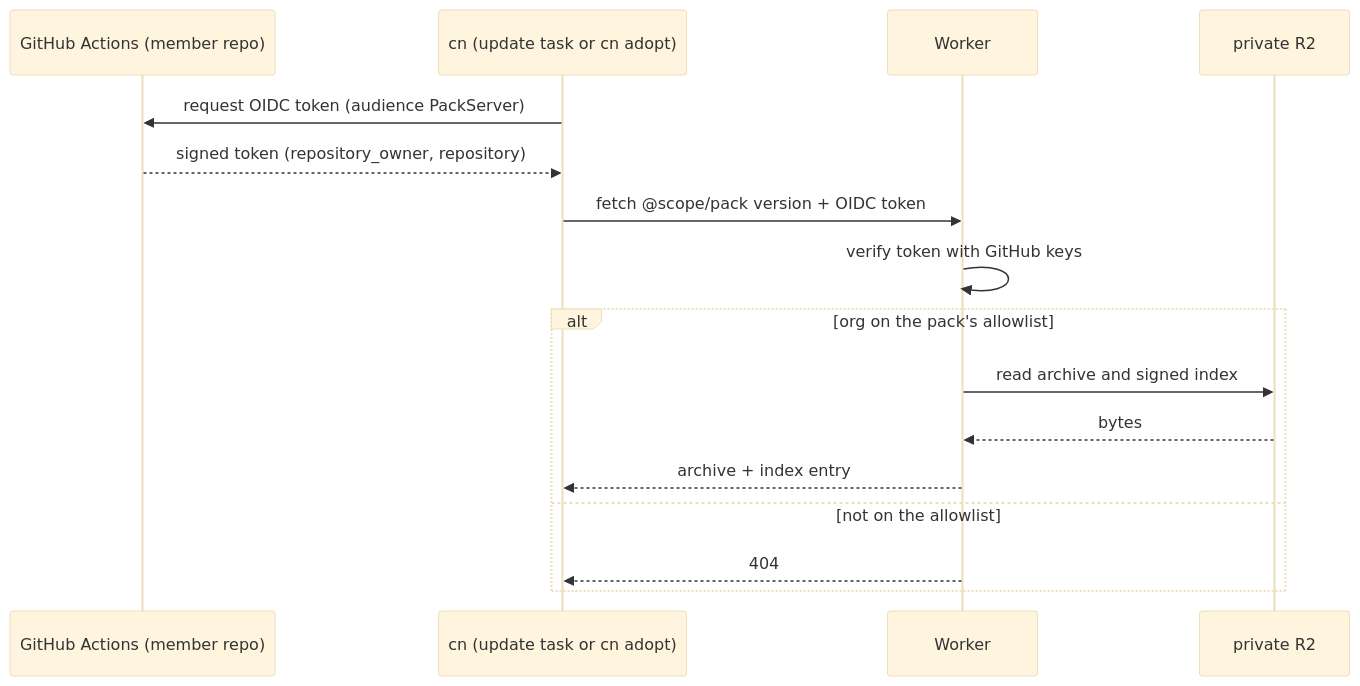
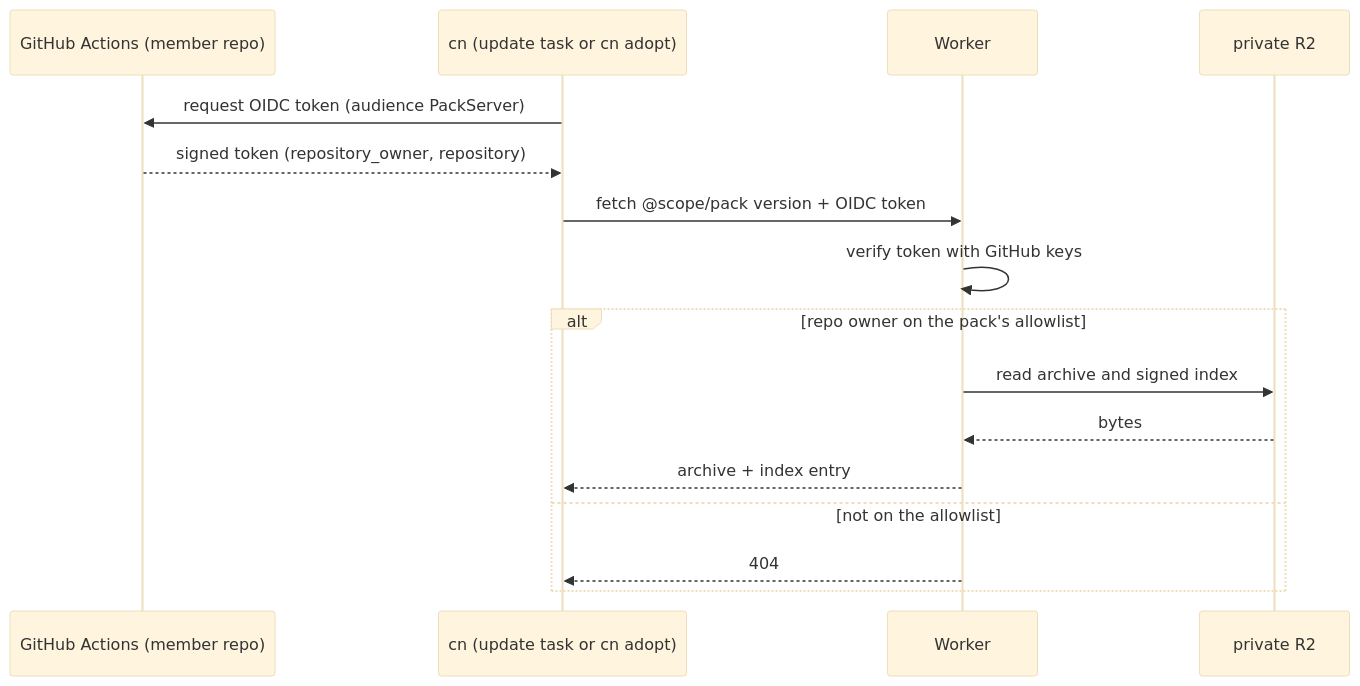
One commit to Claudinite/PackServer changed the tenth of 13 diagrams in docs/ui/flows.md. Above: the diagram before and after it, drawn with Mermaid (base theme). The commit also changed other lines of this file and 5 other files, not shown here.

````diff
--- a/docs/ui/flows.md
+++ b/docs/ui/flows.md
@@ -426,18 +426,18 @@
 ```mermaid
 sequenceDiagram
   participant GA as GitHub Actions (member repo)
   participant CN as cn (update task or cn adopt)
   participant W as Worker
   participant R2 as private R2
   CN->>GA: request OIDC token (audience PackServer)
   GA-->>CN: signed token (repository_owner, repository)
   CN->>W: fetch @scope/pack version + OIDC token
   W->>W: verify token with GitHub keys
-  alt org on the pack's allowlist
+  alt repo owner on the pack's allowlist
     W->>R2: read archive and signed index
     R2-->>W: bytes
     W-->>CN: archive + index entry
   else not on the allowlist
     W-->>CN: 404
   end
 ```
````
